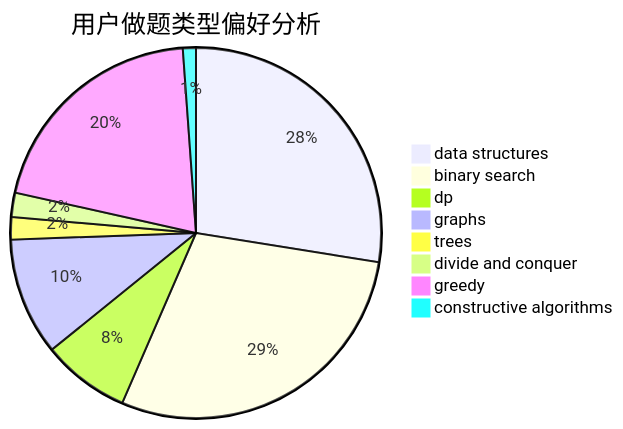
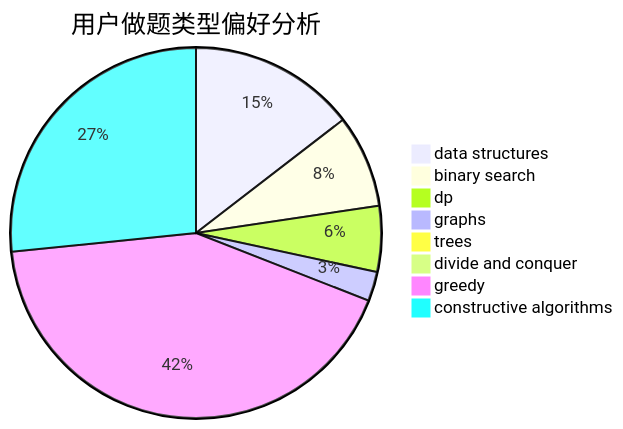
The second of 3 diagrams in docs/user/u1861.md (sherpahu/cfrs.github.io), drawn with Mermaid before and after one commit. The commit also changed other lines of this file and 2770 other files, not shown here.

````diff
--- a/docs/user/u1861.md
+++ b/docs/user/u1861.md
@@ -23,11 +23,11 @@
 ```mermaid
 pie title 用户做题类型偏好分析
-    "data structures" :  169
-    "binary search" :  178
-    "dp" :  47
-    "graphs" :  63
-    "trees" :  12
-    "divide and conquer" :  13
-    "greedy" :  125
-    "constructive algorithms" :  7
+    "data structures" :  205
+    "binary search" :  114
+    "dp" :  81
+    "graphs" :  36
+    "trees" :  2
+    "divide and conquer" :  0
+    "greedy" :  598
+    "constructive algorithms" :  375
 ```
````
